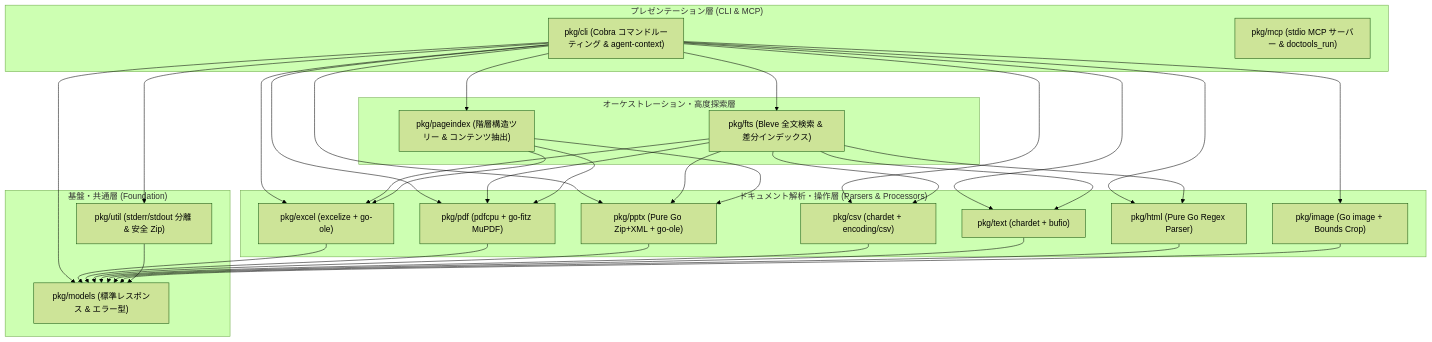
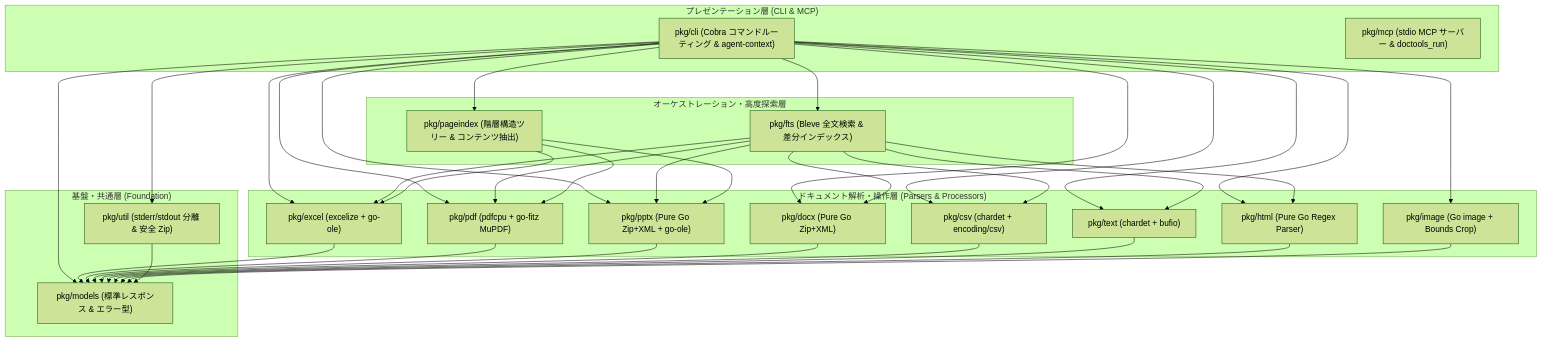
Before and after one commit to snaga/doctools-cli: the diagram in pkg/README.md, drawn with Mermaid (forest theme). The commit also changed other lines of this file and 4 other files, not shown here.

````diff
--- a/pkg/README.md
+++ b/pkg/README.md
@@ -10,59 +10,63 @@
 ```mermaid
 flowchart TD
     subgraph Presentation ["プレゼンテーション層 (CLI & MCP)"]
         CLI["pkg/cli (Cobra コマンドルーティング & agent-context)"]
         MCP["pkg/mcp (stdio MCP サーバー & doctools_run)"]
     end
 
     subgraph Orchestration ["オーケストレーション・高度探索層"]
         FTS["pkg/fts (Bleve 全文検索 & 差分インデックス)"]
         PI["pkg/pageindex (階層構造ツリー & コンテンツ抽出)"]
     end
 
     subgraph Parsers ["ドキュメント解析・操作層 (Parsers & Processors)"]
         EXCEL["pkg/excel (excelize + go-ole)"]
         PDF["pkg/pdf (pdfcpu + go-fitz MuPDF)"]
         PPTX["pkg/pptx (Pure Go Zip+XML + go-ole)"]
+        DOCX["pkg/docx (Pure Go Zip+XML)"]
         CSV["pkg/csv (chardet + encoding/csv)"]
         TEXT["pkg/text (chardet + bufio)"]
         HTML["pkg/html (Pure Go Regex Parser)"]
         IMAGE["pkg/image (Go image + Bounds Crop)"]
     end
 
     subgraph Foundation ["基盤・共通層 (Foundation)"]
         MODELS["pkg/models (標準レスポンス & エラー型)"]
         UTIL["pkg/util (stderr/stdout 分離 & 安全 Zip)"]
     end
 
     CLI --> FTS
     CLI --> PI
     CLI --> EXCEL
     CLI --> PDF
     CLI --> PPTX
+    CLI --> DOCX
     CLI --> CSV
     CLI --> TEXT
     CLI --> HTML
     CLI --> IMAGE
     CLI --> UTIL
     CLI --> MODELS
 
     FTS --> EXCEL
     FTS --> PPTX
     FTS --> PDF
+    FTS --> DOCX
     FTS --> CSV
     FTS --> TEXT
     FTS --> HTML
 
     PI --> PDF
     PI --> PPTX
     PI --> EXCEL
 
     EXCEL --> MODELS
     PDF --> MODELS
     PPTX --> MODELS
+    DOCX --> MODELS
     CSV --> MODELS
     TEXT --> MODELS
     HTML --> MODELS
     IMAGE --> MODELS
     UTIL --> MODELS
 ```
````
